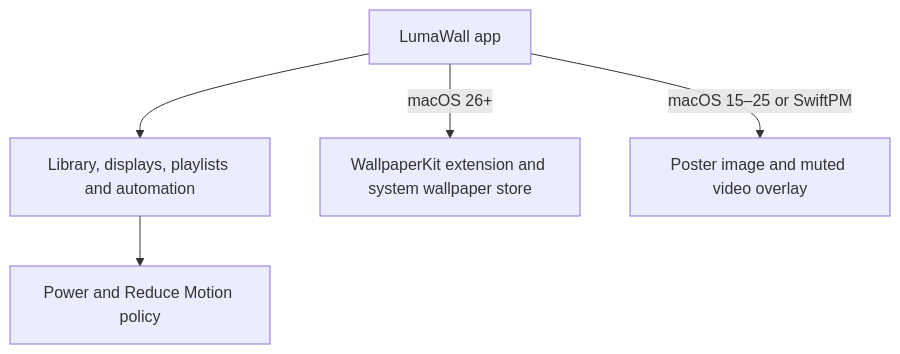
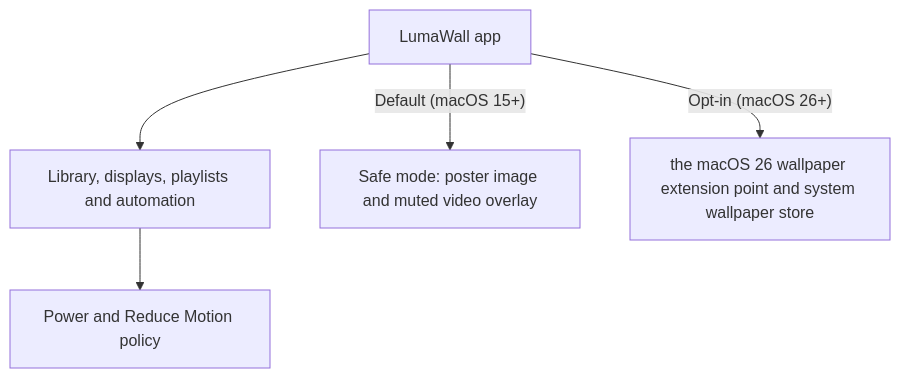
One commit to Luseefor/LumaWall changed the diagram in README.md. Above: the diagram before and after it, drawn with Mermaid. The commit also changed other lines of this file, not shown here.

First line of the commit message:
Document Safe mode, native mode risks, and Apple non-affiliation in README

````diff
--- a/README.md
+++ b/README.md
@@ -58,7 +60,7 @@
 ```mermaid
 flowchart TD
     App["LumaWall app"] --> Core["Library, displays, playlists and automation"]
     Core --> Policy["Power and Reduce Motion policy"]
-    App -->|"macOS 26+"| Native["WallpaperKit extension and system wallpaper store"]
-    App -->|"macOS 15–25 or SwiftPM"| Overlay["Poster image and muted video overlay"]
+    App -->|"Default (macOS 15+)"| Overlay["Safe mode: poster image and muted video overlay"]
+    App -->|"Opt-in (macOS 26+)"| Native["the macOS 26 wallpaper extension point and system wallpaper store"]
 ```
````
